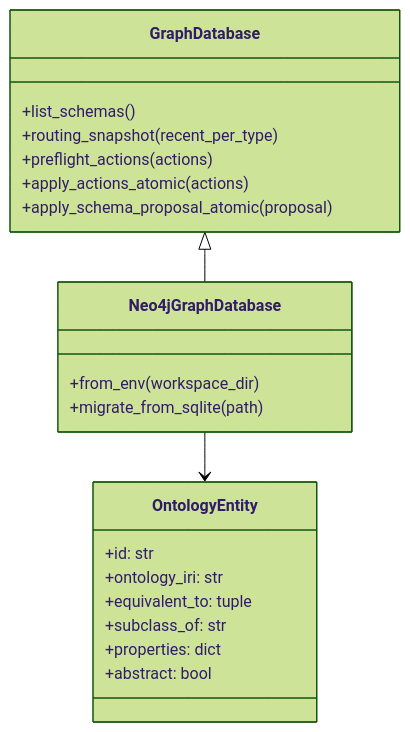
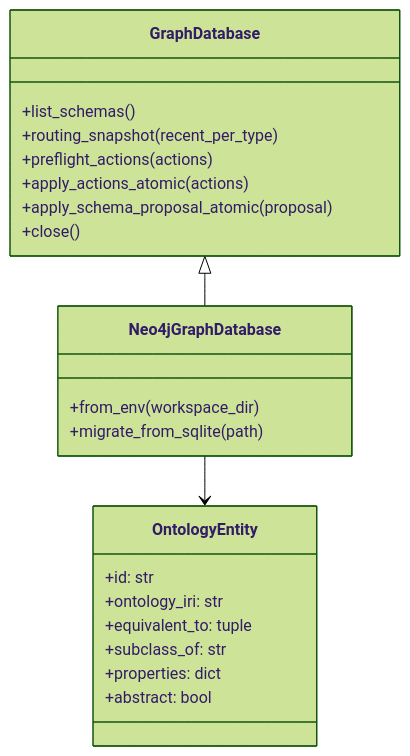
The eighth of 9 diagrams in docs/architecture/uml.md (BillShiyaoZhang/ambient-agent), drawn with Mermaid (forest theme) before and after one commit. The commit also changed other lines of this file and 61 other files, not shown here.

````diff
--- a/docs/architecture/uml.md
+++ b/docs/architecture/uml.md
@@ -213,25 +222,26 @@
 ```mermaid
 classDiagram
     class GraphDatabase {
         +list_schemas()
         +routing_snapshot(recent_per_type)
         +preflight_actions(actions)
         +apply_actions_atomic(actions)
         +apply_schema_proposal_atomic(proposal)
+        +close()
     }
     class Neo4jGraphDatabase {
         +from_env(workspace_dir)
         +migrate_from_sqlite(path)
     }
     class OntologyEntity {
         +id: str
         +ontology_iri: str
         +equivalent_to: tuple
         +subclass_of: str
         +properties: dict
         +abstract: bool
     }
 
     GraphDatabase <|-- Neo4jGraphDatabase
     Neo4jGraphDatabase --> OntologyEntity
 ```
````
